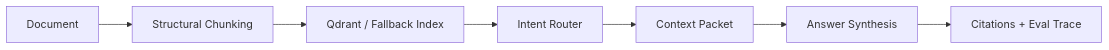
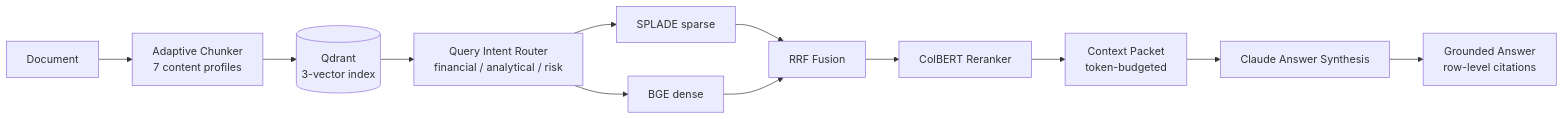
Before and after one commit to Ven-Z8/contextiq: the diagram in README.md, drawn with Mermaid. The commit also changed other lines of this file and 37 other files, not shown here.

First line of the commit message:
feat: enterprise RAG pipeline — SPLADE + ColBERT + adaptive chunking

````diff
--- a/README.md
+++ b/README.md
@@ -57,9 +62,14 @@
 ```mermaid
 flowchart LR
-  D[Document] --> C[Structural Chunking]
-  C --> I[Qdrant / Fallback Index]
-  I --> R[Intent Router]
-  R --> P[Context Packet]
-  P --> A[Answer Synthesis]
-  A --> O[Citations + Eval Trace]
+  D[Document] --> AC[Adaptive Chunker\n7 content profiles]
+  AC --> IDX[(Qdrant\n3-vector index)]
+  IDX --> QIR[Query Intent Router\nfinancial / analytical / risk]
+  QIR --> SP[SPLADE sparse]
+  QIR --> DE[BGE dense]
+  SP --> RRF[RRF Fusion]
+  DE --> RRF
+  RRF --> CB[ColBERT Reranker]
+  CB --> CP[Context Packet\ntoken-budgeted]
+  CP --> AS[Claude Answer Synthesis]
+  AS --> O[Grounded Answer\nrow-level citations]
 ```
````
